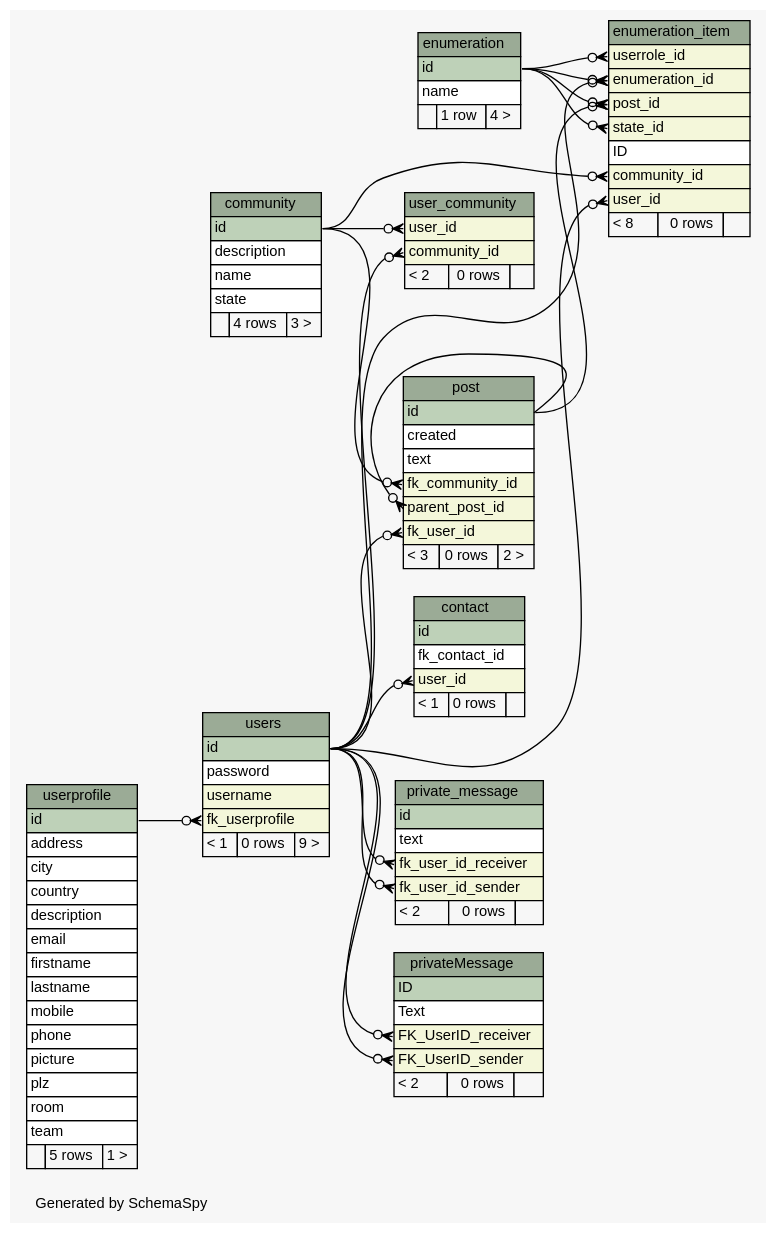
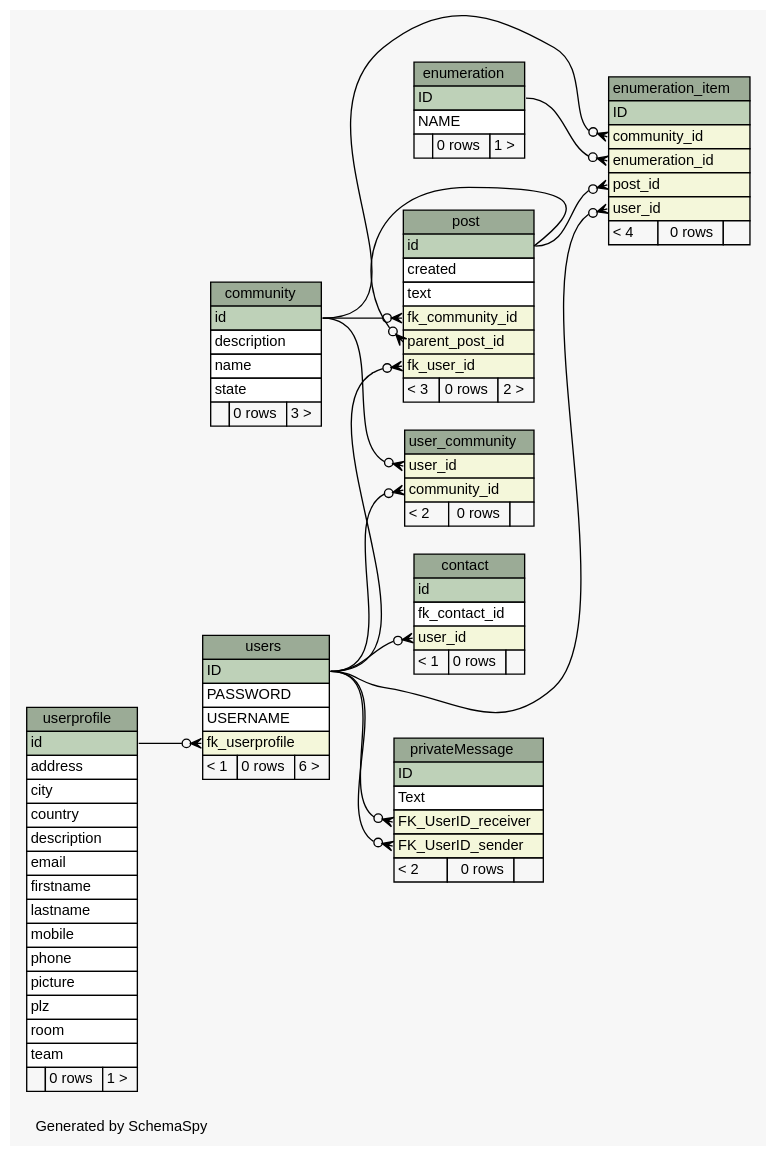
One commit to chr-krenn/chr-krenn-fhj-ws2017-sd17-pse changed the diagram in doc/db_schema/diagrams/summary/relationships.real.large.dot. Above: the diagram before and after it, drawn with Graphviz. The commit also changed 63 other files, not shown here.

Commit message:
update database schema documentation

```diff
--- a/doc/db_schema/diagrams/summary/relationships.real.large.dot
+++ b/doc/db_schema/diagrams/summary/relationships.real.large.dot
@@ -1,181 +1,160 @@
 // dot 2.40.1 on Linux 4.12.5-300.fc26.x86_64
 // SchemaSpy rev 590
 digraph "largeRelationshipsDiagram" {
   graph [
     rankdir="RL"
     bgcolor="#f7f7f7"
     label="\nGenerated by SchemaSpy"
     labeljust="l"
     nodesep="0.18"
     ranksep="0.46"
     fontname="Helvetica"
     fontsize="11"
   ];
   node [
     fontname="Helvetica"
     fontsize="11"
     shape="plaintext"
   ];
   edge [
     arrowsize="0.8"
   ];
   "community" [
     label=<
     <TABLE BORDER="0" CELLBORDER="1" CELLSPACING="0" BGCOLOR="#ffffff">
       <TR><TD COLSPAN="3" BGCOLOR="#9bab96" ALIGN="CENTER">community</TD></TR>
       <TR><TD PORT="id" COLSPAN="3" BGCOLOR="#bed1b8" ALIGN="LEFT">id</TD></TR>
       <TR><TD PORT="description" COLSPAN="3" ALIGN="LEFT">description</TD></TR>
       <TR><TD PORT="name" COLSPAN="3" ALIGN="LEFT">name</TD></TR>
       <TR><TD PORT="state" COLSPAN="3" ALIGN="LEFT">state</TD></TR>
-      <TR><TD ALIGN="LEFT" BGCOLOR="#f7f7f7">  </TD><TD ALIGN="RIGHT" BGCOLOR="#f7f7f7">4 rows</TD><TD ALIGN="RIGHT" BGCOLOR="#f7f7f7">3 &gt;</TD></TR>
+      <TR><TD ALIGN="LEFT" BGCOLOR="#f7f7f7">  </TD><TD ALIGN="RIGHT" BGCOLOR="#f7f7f7">0 rows</TD><TD ALIGN="RIGHT" BGCOLOR="#f7f7f7">3 &gt;</TD></TR>
     </TABLE>>
     URL="tables/community.html"
     tooltip="community"
   ];
   "contact" [
     label=<
     <TABLE BORDER="0" CELLBORDER="1" CELLSPACING="0" BGCOLOR="#ffffff">
       <TR><TD COLSPAN="3" BGCOLOR="#9bab96" ALIGN="CENTER">contact</TD></TR>
       <TR><TD PORT="id" COLSPAN="3" BGCOLOR="#bed1b8" ALIGN="LEFT">id</TD></TR>
       <TR><TD PORT="fk_contact_id" COLSPAN="3" ALIGN="LEFT">fk_contact_id</TD></TR>
       <TR><TD PORT="user_id" COLSPAN="3" BGCOLOR="#f4f7da" ALIGN="LEFT">user_id</TD></TR>
       <TR><TD ALIGN="LEFT" BGCOLOR="#f7f7f7">&lt; 1</TD><TD ALIGN="RIGHT" BGCOLOR="#f7f7f7">0 rows</TD><TD ALIGN="RIGHT" BGCOLOR="#f7f7f7">  </TD></TR>
     </TABLE>>
     URL="tables/contact.html"
     tooltip="contact"
   ];
   "enumeration" [
     label=<
     <TABLE BORDER="0" CELLBORDER="1" CELLSPACING="0" BGCOLOR="#ffffff">
       <TR><TD COLSPAN="3" BGCOLOR="#9bab96" ALIGN="CENTER">enumeration</TD></TR>
-      <TR><TD PORT="id" COLSPAN="3" BGCOLOR="#bed1b8" ALIGN="LEFT">id</TD></TR>
-      <TR><TD PORT="name" COLSPAN="3" ALIGN="LEFT">name</TD></TR>
-      <TR><TD ALIGN="LEFT" BGCOLOR="#f7f7f7">  </TD><TD ALIGN="RIGHT" BGCOLOR="#f7f7f7">1 row</TD><TD ALIGN="RIGHT" BGCOLOR="#f7f7f7">4 &gt;</TD></TR>
+      <TR><TD PORT="ID" COLSPAN="3" BGCOLOR="#bed1b8" ALIGN="LEFT">ID</TD></TR>
+      <TR><TD PORT="NAME" COLSPAN="3" ALIGN="LEFT">NAME</TD></TR>
+      <TR><TD ALIGN="LEFT" BGCOLOR="#f7f7f7">  </TD><TD ALIGN="RIGHT" BGCOLOR="#f7f7f7">0 rows</TD><TD ALIGN="RIGHT" BGCOLOR="#f7f7f7">1 &gt;</TD></TR>
     </TABLE>>
     URL="tables/enumeration.html"
     tooltip="enumeration"
   ];
   "enumeration_item" [
     label=<
     <TABLE BORDER="0" CELLBORDER="1" CELLSPACING="0" BGCOLOR="#ffffff">
       <TR><TD COLSPAN="3" BGCOLOR="#9bab96" ALIGN="CENTER">enumeration_item</TD></TR>
-      <TR><TD PORT="userrole_id" COLSPAN="3" BGCOLOR="#f4f7da" ALIGN="LEFT">userrole_id</TD></TR>
+      <TR><TD PORT="ID" COLSPAN="3" BGCOLOR="#bed1b8" ALIGN="LEFT">ID</TD></TR>
+      <TR><TD PORT="community_id" COLSPAN="3" BGCOLOR="#f4f7da" ALIGN="LEFT">community_id</TD></TR>
       <TR><TD PORT="enumeration_id" COLSPAN="3" BGCOLOR="#f4f7da" ALIGN="LEFT">enumeration_id</TD></TR>
       <TR><TD PORT="post_id" COLSPAN="3" BGCOLOR="#f4f7da" ALIGN="LEFT">post_id</TD></TR>
-      <TR><TD PORT="state_id" COLSPAN="3" BGCOLOR="#f4f7da" ALIGN="LEFT">state_id</TD></TR>
-      <TR><TD PORT="ID" COLSPAN="3" ALIGN="LEFT">ID</TD></TR>
-      <TR><TD PORT="community_id" COLSPAN="3" BGCOLOR="#f4f7da" ALIGN="LEFT">community_id</TD></TR>
       <TR><TD PORT="user_id" COLSPAN="3" BGCOLOR="#f4f7da" ALIGN="LEFT">user_id</TD></TR>
-      <TR><TD ALIGN="LEFT" BGCOLOR="#f7f7f7">&lt; 8</TD><TD ALIGN="RIGHT" BGCOLOR="#f7f7f7">0 rows</TD><TD ALIGN="RIGHT" BGCOLOR="#f7f7f7">  </TD></TR>
+      <TR><TD ALIGN="LEFT" BGCOLOR="#f7f7f7">&lt; 4</TD><TD ALIGN="RIGHT" BGCOLOR="#f7f7f7">0 rows</TD><TD ALIGN="RIGHT" BGCOLOR="#f7f7f7">  </TD></TR>
     </TABLE>>
     URL="tables/enumeration_item.html"
     tooltip="enumeration_item"
   ];
   "post" [
     label=<
     <TABLE BORDER="0" CELLBORDER="1" CELLSPACING="0" BGCOLOR="#ffffff">
       <TR><TD COLSPAN="3" BGCOLOR="#9bab96" ALIGN="CENTER">post</TD></TR>
       <TR><TD PORT="id" COLSPAN="3" BGCOLOR="#bed1b8" ALIGN="LEFT">id</TD></TR>
       <TR><TD PORT="created" COLSPAN="3" ALIGN="LEFT">created</TD></TR>
       <TR><TD PORT="text" COLSPAN="3" ALIGN="LEFT">text</TD></TR>
       <TR><TD PORT="fk_community_id" COLSPAN="3" BGCOLOR="#f4f7da" ALIGN="LEFT">fk_community_id</TD></TR>
       <TR><TD PORT="parent_post_id" COLSPAN="3" BGCOLOR="#f4f7da" ALIGN="LEFT">parent_post_id</TD></TR>
       <TR><TD PORT="fk_user_id" COLSPAN="3" BGCOLOR="#f4f7da" ALIGN="LEFT">fk_user_id</TD></TR>
       <TR><TD ALIGN="LEFT" BGCOLOR="#f7f7f7">&lt; 3</TD><TD ALIGN="RIGHT" BGCOLOR="#f7f7f7">0 rows</TD><TD ALIGN="RIGHT" BGCOLOR="#f7f7f7">2 &gt;</TD></TR>
     </TABLE>>
     URL="tables/post.html"
     tooltip="post"
-  ];
-  "private_message" [
-    label=<
-    <TABLE BORDER="0" CELLBORDER="1" CELLSPACING="0" BGCOLOR="#ffffff">
-      <TR><TD COLSPAN="3" BGCOLOR="#9bab96" ALIGN="CENTER">private_message</TD></TR>
-      <TR><TD PORT="id" COLSPAN="3" BGCOLOR="#bed1b8" ALIGN="LEFT">id</TD></TR>
-      <TR><TD PORT="text" COLSPAN="3" ALIGN="LEFT">text</TD></TR>
-      <TR><TD PORT="fk_user_id_receiver" COLSPAN="3" BGCOLOR="#f4f7da" ALIGN="LEFT">fk_user_id_receiver</TD></TR>
-      <TR><TD PORT="fk_user_id_sender" COLSPAN="3" BGCOLOR="#f4f7da" ALIGN="LEFT">fk_user_id_sender</TD></TR>
-      <TR><TD ALIGN="LEFT" BGCOLOR="#f7f7f7">&lt; 2</TD><TD ALIGN="RIGHT" BGCOLOR="#f7f7f7">0 rows</TD><TD ALIGN="RIGHT" BGCOLOR="#f7f7f7">  </TD></TR>
-    </TABLE>>
-    URL="tables/private_message.html"
-    tooltip="private_message"
   ];
   "privateMessage" [
     label=<
     <TABLE BORDER="0" CELLBORDER="1" CELLSPACING="0" BGCOLOR="#ffffff">
       <TR><TD COLSPAN="3" BGCOLOR="#9bab96" ALIGN="CENTER">privateMessage</TD></TR>
       <TR><TD PORT="ID" COLSPAN="3" BGCOLOR="#bed1b8" ALIGN="LEFT">ID</TD></TR>
       <TR><TD PORT="Text" COLSPAN="3" ALIGN="LEFT">Text</TD></TR>
       <TR><TD PORT="FK_UserID_receiver" COLSPAN="3" BGCOLOR="#f4f7da" ALIGN="LEFT">FK_UserID_receiver</TD></TR>
       <TR><TD PORT="FK_UserID_sender" COLSPAN="3" BGCOLOR="#f4f7da" ALIGN="LEFT">FK_UserID_sender</TD></TR>
       <TR><TD ALIGN="LEFT" BGCOLOR="#f7f7f7">&lt; 2</TD><TD ALIGN="RIGHT" BGCOLOR="#f7f7f7">0 rows</TD><TD ALIGN="RIGHT" BGCOLOR="#f7f7f7">  </TD></TR>
     </TABLE>>
     URL="tables/privateMessage.html"
     tooltip="privateMessage"
   ];
   "user_community" [
     label=<
     <TABLE BORDER="0" CELLBORDER="1" CELLSPACING="0" BGCOLOR="#ffffff">
       <TR><TD COLSPAN="3" BGCOLOR="#9bab96" ALIGN="CENTER">user_community</TD></TR>
       <TR><TD PORT="user_id" COLSPAN="3" BGCOLOR="#f4f7da" ALIGN="LEFT">user_id</TD></TR>
       <TR><TD PORT="community_id" COLSPAN="3" BGCOLOR="#f4f7da" ALIGN="LEFT">community_id</TD></TR>
       <TR><TD ALIGN="LEFT" BGCOLOR="#f7f7f7">&lt; 2</TD><TD ALIGN="RIGHT" BGCOLOR="#f7f7f7">0 rows</TD><TD ALIGN="RIGHT" BGCOLOR="#f7f7f7">  </TD></TR>
     </TABLE>>
     URL="tables/user_community.html"
     tooltip="user_community"
   ];
   "userprofile" [
     label=<
     <TABLE BORDER="0" CELLBORDER="1" CELLSPACING="0" BGCOLOR="#ffffff">
       <TR><TD COLSPAN="3" BGCOLOR="#9bab96" ALIGN="CENTER">userprofile</TD></TR>
       <TR><TD PORT="id" COLSPAN="3" BGCOLOR="#bed1b8" ALIGN="LEFT">id</TD></TR>
       <TR><TD PORT="address" COLSPAN="3" ALIGN="LEFT">address</TD></TR>
       <TR><TD PORT="city" COLSPAN="3" ALIGN="LEFT">city</TD></TR>
       <TR><TD PORT="country" COLSPAN="3" ALIGN="LEFT">country</TD></TR>
       <TR><TD PORT="description" COLSPAN="3" ALIGN="LEFT">description</TD></TR>
       <TR><TD PORT="email" COLSPAN="3" ALIGN="LEFT">email</TD></TR>
       <TR><TD PORT="firstname" COLSPAN="3" ALIGN="LEFT">firstname</TD></TR>
       <TR><TD PORT="lastname" COLSPAN="3" ALIGN="LEFT">lastname</TD></TR>
       <TR><TD PORT="mobile" COLSPAN="3" ALIGN="LEFT">mobile</TD></TR>
       <TR><TD PORT="phone" COLSPAN="3" ALIGN="LEFT">phone</TD></TR>
       <TR><TD PORT="picture" COLSPAN="3" ALIGN="LEFT">picture</TD></TR>
       <TR><TD PORT="plz" COLSPAN="3" ALIGN="LEFT">plz</TD></TR>
       <TR><TD PORT="room" COLSPAN="3" ALIGN="LEFT">room</TD></TR>
       <TR><TD PORT="team" COLSPAN="3" ALIGN="LEFT">team</TD></TR>
-      <TR><TD ALIGN="LEFT" BGCOLOR="#f7f7f7">  </TD><TD ALIGN="RIGHT" BGCOLOR="#f7f7f7">5 rows</TD><TD ALIGN="RIGHT" BGCOLOR="#f7f7f7">1 &gt;</TD></TR>
+      <TR><TD ALIGN="LEFT" BGCOLOR="#f7f7f7">  </TD><TD ALIGN="RIGHT" BGCOLOR="#f7f7f7">0 rows</TD><TD ALIGN="RIGHT" BGCOLOR="#f7f7f7">1 &gt;</TD></TR>
     </TABLE>>
     URL="tables/userprofile.html"
     tooltip="userprofile"
   ];
   "users" [
     label=<
     <TABLE BORDER="0" CELLBORDER="1" CELLSPACING="0" BGCOLOR="#ffffff">
       <TR><TD COLSPAN="3" BGCOLOR="#9bab96" ALIGN="CENTER">users</TD></TR>
-      <TR><TD PORT="id" COLSPAN="3" BGCOLOR="#bed1b8" ALIGN="LEFT">id</TD></TR>
-      <TR><TD PORT="password" COLSPAN="3" ALIGN="LEFT">password</TD></TR>
-      <TR><TD PORT="username" COLSPAN="3" BGCOLOR="#f4f7da" ALIGN="LEFT">username</TD></TR>
+      <TR><TD PORT="ID" COLSPAN="3" BGCOLOR="#bed1b8" ALIGN="LEFT">ID</TD></TR>
+      <TR><TD PORT="PASSWORD" COLSPAN="3" ALIGN="LEFT">PASSWORD</TD></TR>
+      <TR><TD PORT="USERNAME" COLSPAN="3" ALIGN="LEFT">USERNAME</TD></TR>
       <TR><TD PORT="fk_userprofile" COLSPAN="3" BGCOLOR="#f4f7da" ALIGN="LEFT">fk_userprofile</TD></TR>
-      <TR><TD ALIGN="LEFT" BGCOLOR="#f7f7f7">&lt; 1</TD><TD ALIGN="RIGHT" BGCOLOR="#f7f7f7">0 rows</TD><TD ALIGN="RIGHT" BGCOLOR="#f7f7f7">9 &gt;</TD></TR>
+      <TR><TD ALIGN="LEFT" BGCOLOR="#f7f7f7">&lt; 1</TD><TD ALIGN="RIGHT" BGCOLOR="#f7f7f7">0 rows</TD><TD ALIGN="RIGHT" BGCOLOR="#f7f7f7">6 &gt;</TD></TR>
     </TABLE>>
     URL="tables/users.html"
     tooltip="users"
   ];
-  "contact":"user_id":w -> "users":"id":e [arrowhead=none dir=back arrowtail=crowodot];
+  "contact":"user_id":w -> "users":"ID":e [arrowhead=none dir=back arrowtail=crowodot];
   "enumeration_item":"community_id":w -> "community":"id":e [arrowhead=none dir=back arrowtail=crowodot];
-  "enumeration_item":"enumeration_id":w -> "enumeration":"id":e [arrowhead=none dir=back arrowtail=crowodot];
-  "enumeration_item":"enumeration_id":w -> "users":"id":e [arrowhead=none dir=back arrowtail=crowodot];
-  "enumeration_item":"post_id":w -> "enumeration":"id":e [arrowhead=none dir=back arrowtail=crowodot];
+  "enumeration_item":"enumeration_id":w -> "enumeration":"ID":e [arrowhead=none dir=back arrowtail=crowodot];
   "enumeration_item":"post_id":w -> "post":"id":e [arrowhead=none dir=back arrowtail=crowodot];
-  "enumeration_item":"state_id":w -> "enumeration":"id":e [arrowhead=none dir=back arrowtail=crowodot];
-  "enumeration_item":"user_id":w -> "users":"id":e [arrowhead=none dir=back arrowtail=crowodot];
-  "enumeration_item":"userrole_id":w -> "enumeration":"id":e [arrowhead=none dir=back arrowtail=crowodot];
+  "enumeration_item":"user_id":w -> "users":"ID":e [arrowhead=none dir=back arrowtail=crowodot];
   "post":"fk_community_id":w -> "community":"id":e [arrowhead=none dir=back arrowtail=crowodot];
-  "post":"fk_user_id":w -> "users":"id":e [arrowhead=none dir=back arrowtail=crowodot];
+  "post":"fk_user_id":w -> "users":"ID":e [arrowhead=none dir=back arrowtail=crowodot];
   "post":"parent_post_id":w -> "post":"id":e [arrowhead=none dir=back arrowtail=crowodot];
-  "private_message":"fk_user_id_receiver":w -> "users":"id":e [arrowhead=none dir=back arrowtail=crowodot];
-  "private_message":"fk_user_id_sender":w -> "users":"id":e [arrowhead=none dir=back arrowtail=crowodot];
-  "privateMessage":"FK_UserID_receiver":w -> "users":"id":e [arrowhead=none dir=back arrowtail=crowodot];
-  "privateMessage":"FK_UserID_sender":w -> "users":"id":e [arrowhead=none dir=back arrowtail=crowodot];
-  "user_community":"community_id":w -> "users":"id":e [arrowhead=none dir=back arrowtail=crowodot];
+  "privateMessage":"FK_UserID_receiver":w -> "users":"ID":e [arrowhead=none dir=back arrowtail=crowodot];
+  "privateMessage":"FK_UserID_sender":w -> "users":"ID":e [arrowhead=none dir=back arrowtail=crowodot];
+  "user_community":"community_id":w -> "users":"ID":e [arrowhead=none dir=back arrowtail=crowodot];
   "user_community":"user_id":w -> "community":"id":e [arrowhead=none dir=back arrowtail=crowodot];
   "users":"fk_userprofile":w -> "userprofile":"id":e [arrowhead=none dir=back arrowtail=crowodot];
 }
```
